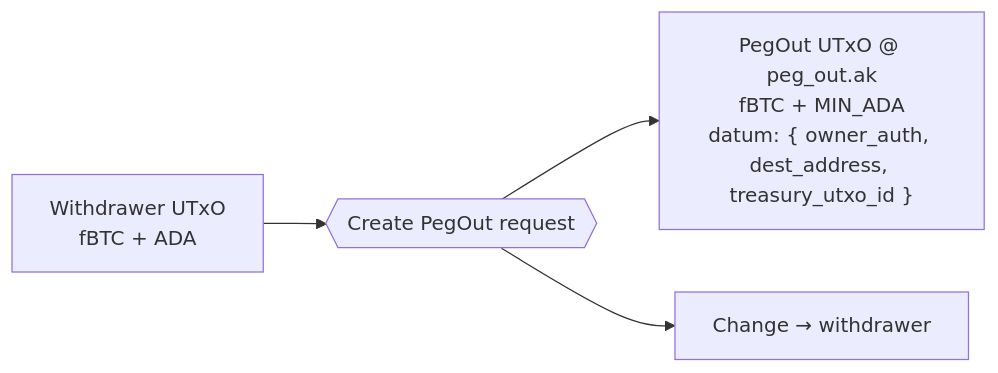
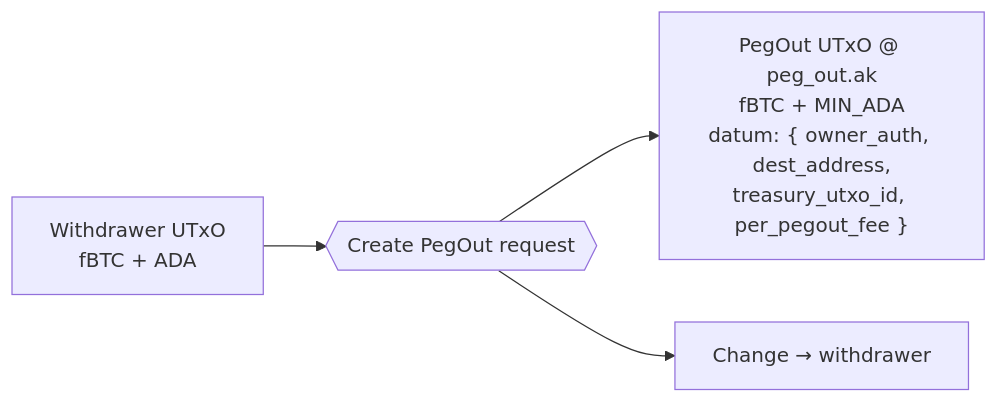
The third of 11 diagrams in documentation/technical_documentation.md (FluidTokens/ft-bifrost-bridge), drawn with Mermaid before and after one commit. The commit also changed other lines of this file, not shown here.

First line of the commit message:
docs: split tunables into the Operational parameters UTxO; pin per_pegout_fee in PegOutDatum (G2 revision)

````diff
--- a/documentation/technical_documentation.md
+++ b/documentation/technical_documentation.md
@@ -742,6 +777,6 @@
 ```mermaid
 flowchart LR
   wdraw["Withdrawer UTxO<br/>fBTC + ADA"] --> tx{{"Create PegOut request"}}
-  tx --> pout["PegOut UTxO @ peg_out.ak<br/>fBTC + MIN_ADA<br/>datum: { owner_auth, dest_address, treasury_utxo_id }"]
+  tx --> pout["PegOut UTxO @ peg_out.ak<br/>fBTC + MIN_ADA<br/>datum: { owner_auth, dest_address,<br/>treasury_utxo_id, per_pegout_fee }"]
   tx --> change["Change → withdrawer"]
 ```
````
